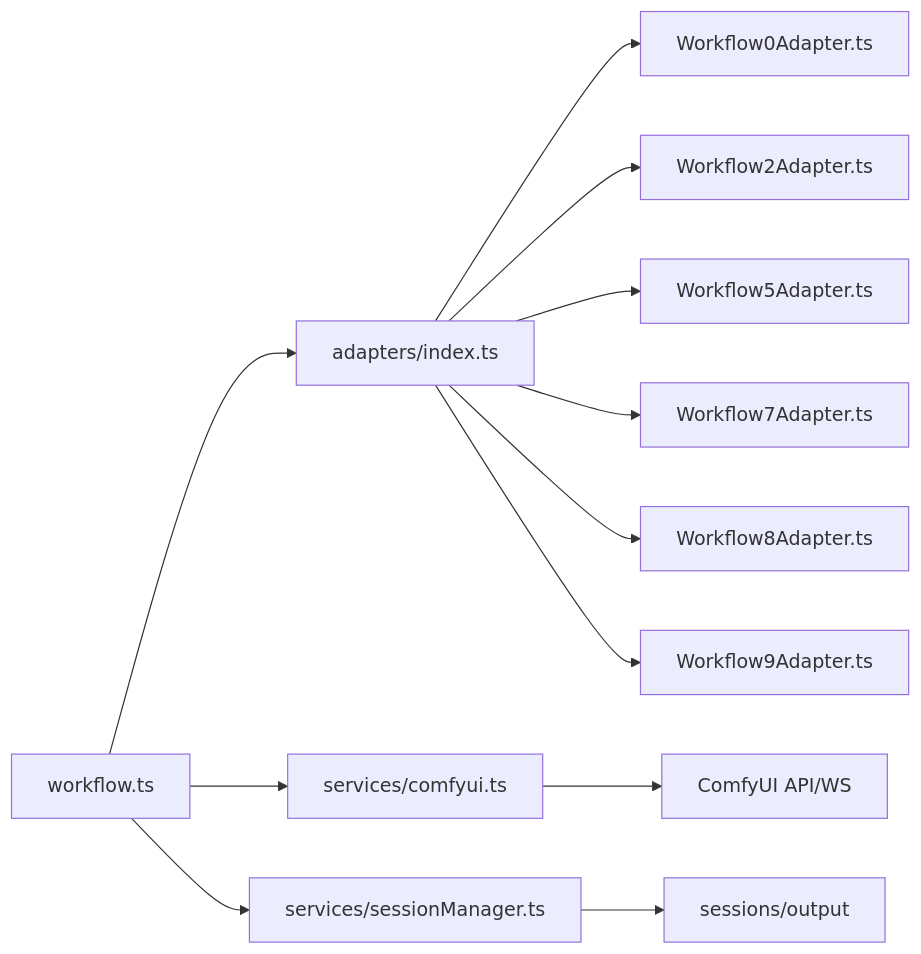
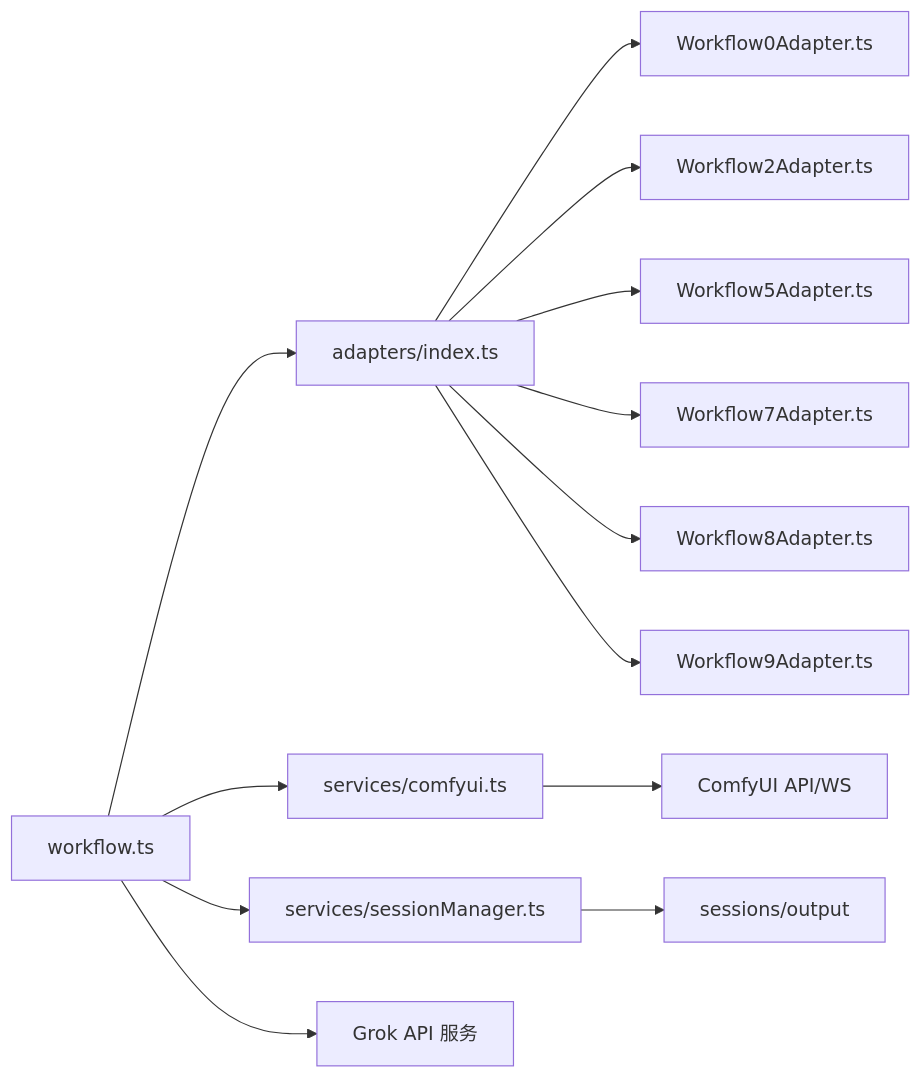
Before and after one commit to billye220670/CorineKit_Pix2Real: diagram 11 of 11 in .qoder/repowiki/zh/content/项目概述/技术架构概览/后端服务架构/路由系统设计/工作流路由模块.md, drawn with Mermaid. The commit also changed other lines of this file and 54 other files, not shown here.

First line of the commit message:
feat: 模型下拉菜单元数据管理（缩略图+重命名）及session mask恢复优化

````diff
--- a/.qoder/repowiki/zh/content/项目概述/技术架构概览/后端服务架构/路由系统设计/工作流路由模块.md
+++ b/.qoder/repowiki/zh/content/项目概述/技术架构概览/后端服务架构/路由系统设计/工作流路由模块.md
@@ -393,14 +451,15 @@
 ```mermaid
 graph LR
 ROUTE["workflow.ts"] --> ADI["adapters/index.ts"]
 ROUTE --> COMFY["services/comfyui.ts"]
 ROUTE --> SESS["services/sessionManager.ts"]
+ROUTE --> GROK["Grok API 服务"]
 ADI --> WF0["Workflow0Adapter.ts"]
 ADI --> WF2["Workflow2Adapter.ts"]
 ADI --> WF5["Workflow5Adapter.ts"]
 ADI --> WF7["Workflow7Adapter.ts"]
 ADI --> WF8["Workflow8Adapter.ts"]
 ADI --> WF9["Workflow9Adapter.ts"]
 COMFY --> CUI["ComfyUI API/WS"]
 SESS --> FS["sessions/output"]
 ```
````
